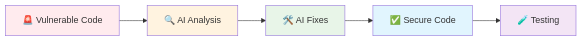
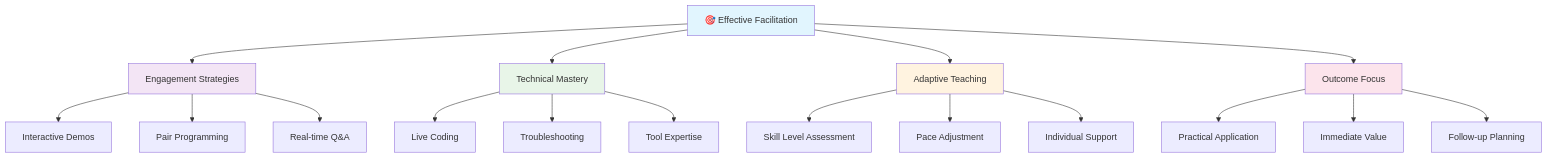
Before and after one commit to paulasilvatech/Code-AI-Dev: the fifth of 8 diagrams in docs/workshop_structure.md, drawn with Mermaid. The commit also changed other lines of this file and 4 other files, not shown here.

````diff
--- a/docs/workshop_structure.md
+++ b/docs/workshop_structure.md
@@ -215,13 +274,29 @@
 ```mermaid
-graph LR
-    A[🚨 Vulnerable Code] --> B[🔍 AI Analysis]
-    B --> C[🛠️ AI Fixes]
-    C --> D[✅ Secure Code]
-    D --> E[🧪 Testing]
+graph TD
+    A[🎯 Effective Facilitation] --> B[Engagement Strategies]
+    A --> C[Technical Mastery]
+    A --> D[Adaptive Teaching]
+    A --> E[Outcome Focus]
     
-    style A fill:#ffebee
-    style B fill:#fff3e0
+    B --> B1[Interactive Demos]
+    B --> B2[Pair Programming]
+    B --> B3[Real-time Q&A]
+    
+    C --> C1[Live Coding]
+    C --> C2[Troubleshooting]
+    C --> C3[Tool Expertise]
+    
+    D --> D1[Skill Level Assessment]
+    D --> D2[Pace Adjustment]
+    D --> D3[Individual Support]
+    
+    E --> E1[Practical Application]
+    E --> E2[Immediate Value]
+    E --> E3[Follow-up Planning]
+    
+    style A fill:#e1f5fe
+    style B fill:#f3e5f5
     style C fill:#e8f5e8
-    style D fill:#e1f5fe
-    style E fill:#f3e5f5
+    style D fill:#fff3e0
+    style E fill:#fce4ec
 ```
````
